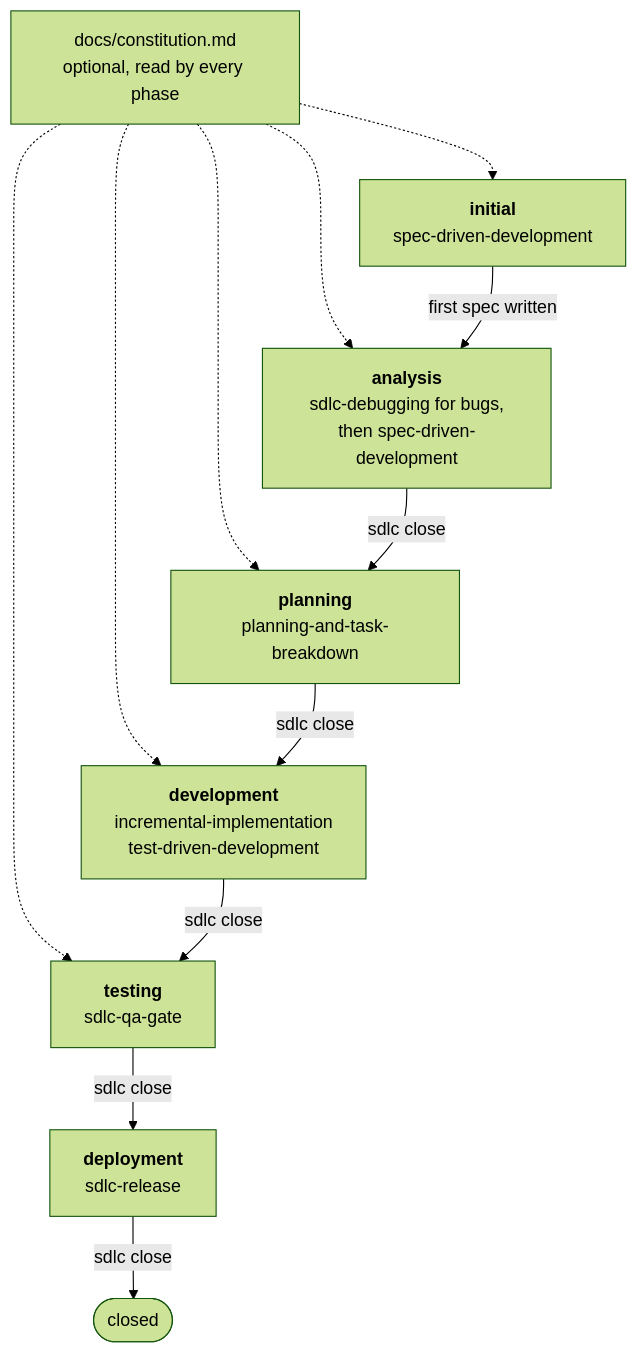
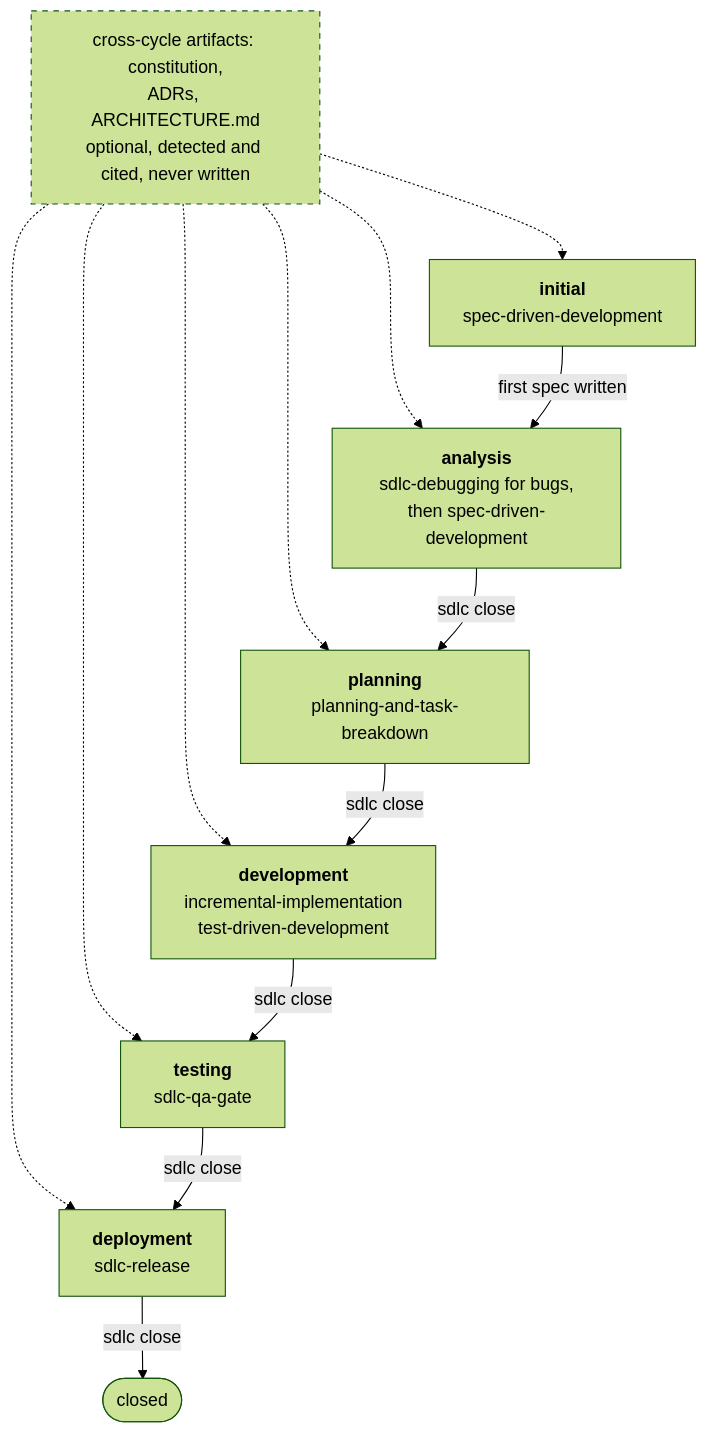
Before and after one commit to PapiScholz/SDLC-Assist: the first of 3 diagrams in docs/sdlc-flow.md, drawn with Mermaid (forest theme). The commit also changed other lines of this file and 12 other files, not shown here.

````diff
--- a/docs/sdlc-flow.md
+++ b/docs/sdlc-flow.md
@@ -9,23 +9,25 @@
 ```mermaid
 flowchart TD
     A["<b>initial</b><br/>spec-driven-development"]
     B["<b>analysis</b><br/>sdlc-debugging for bugs,<br/>then spec-driven-development"]
     C["<b>planning</b><br/>planning-and-task-breakdown"]
     D["<b>development</b><br/>incremental-implementation<br/>test-driven-development"]
     E["<b>testing</b><br/>sdlc-qa-gate"]
     F["<b>deployment</b><br/>sdlc-release"]
     G([closed])
-    K["docs/constitution.md<br/>optional, read by every phase"]
+    K["cross-cycle artifacts: constitution,<br/>ADRs, ARCHITECTURE.md<br/>optional, detected and cited, never written"]
 
     K -.-> A
     K -.-> B
     K -.-> C
     K -.-> D
     K -.-> E
+    K -.-> F
+    style K stroke-dasharray: 5 5
     A -->|first spec written| B
     B -->|sdlc close| C
     C -->|sdlc close| D
     D -->|sdlc close| E
     E -->|sdlc close| F
     F -->|sdlc close| G
 ```
````
